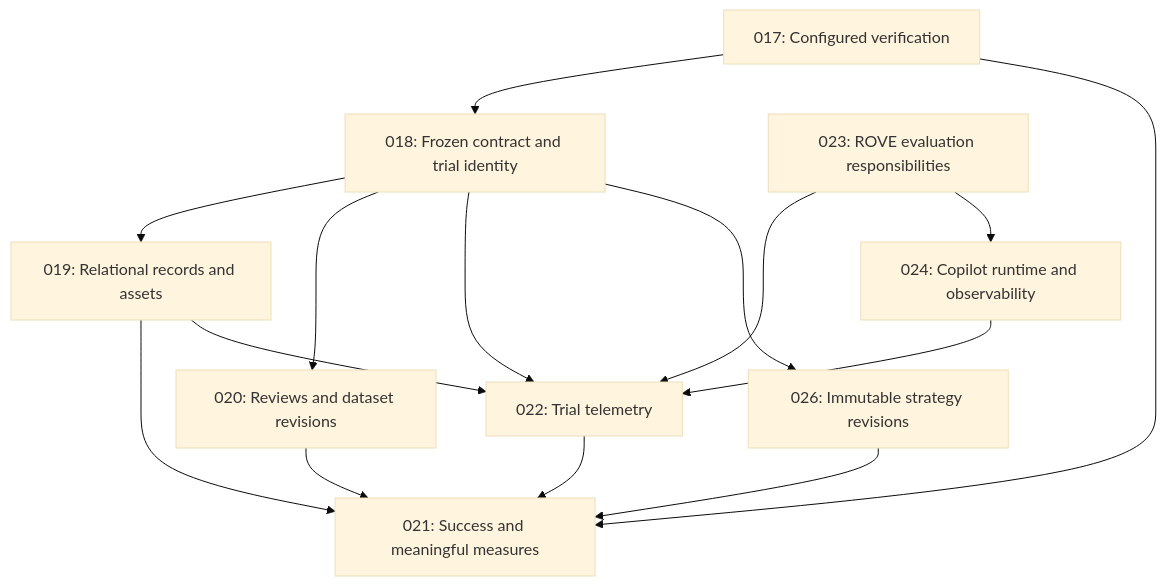
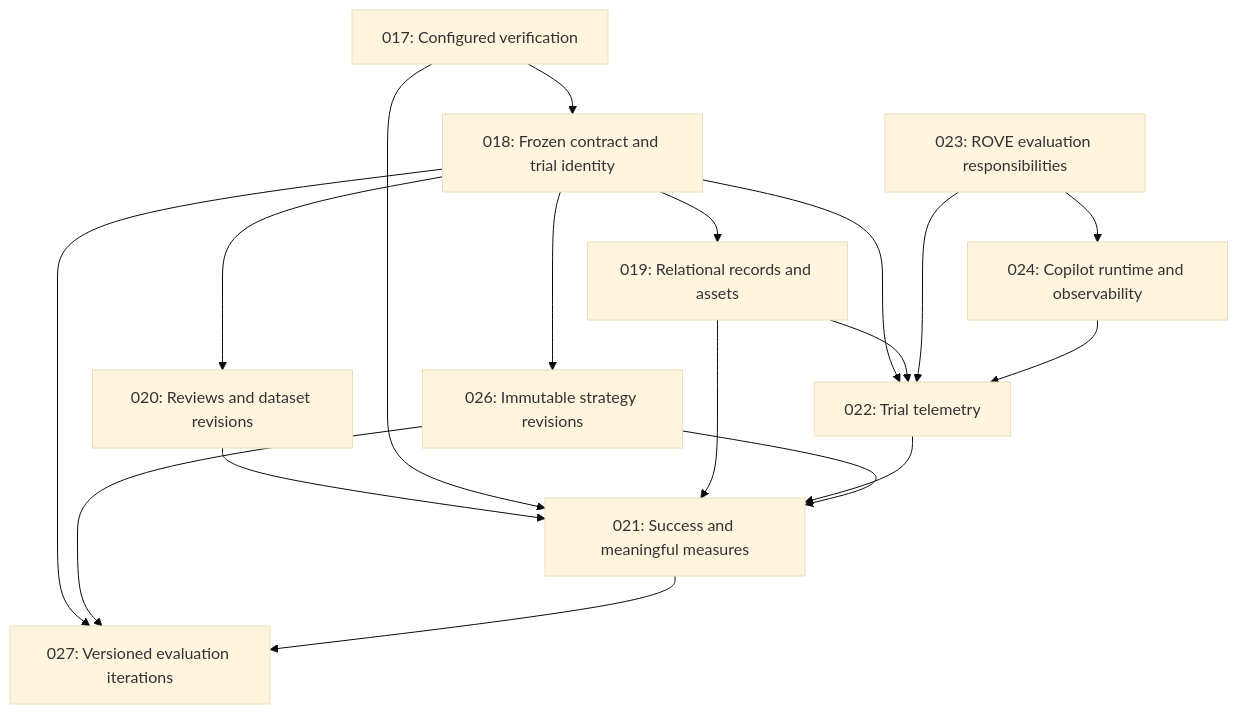
One commit to niksacdev/rove changed the diagram in docs/architecture/README.md. Above: the diagram before and after it, drawn with Mermaid (base theme). The commit also changed other lines of this file and 74 other files, not shown here.

Commit message:
Connect robotics trials to versioned campaigns and CI evaluation (#24)

````diff
--- a/docs/architecture/README.md
+++ b/docs/architecture/README.md
@@ -24,17 +25,20 @@
 ```mermaid
 flowchart TD
     V[017: Configured verification] --> C[018: Frozen contract and trial identity]
     C --> S[019: Relational records and assets]
     C --> H[020: Reviews and dataset revisions]
     H --> M[021: Success and meaningful measures]
     V --> M
     S --> M
     C --> T[022: Trial telemetry]
     S --> T
     T --> M
     E[023: ROVE evaluation responsibilities] --> T
     R[024: Copilot runtime and observability] --> T
     E --> R
     C --> K[026: Immutable strategy revisions]
     K --> M
+    C --> J[027: Versioned evaluation iterations]
+    K --> J
+    M --> J
 ```
````
